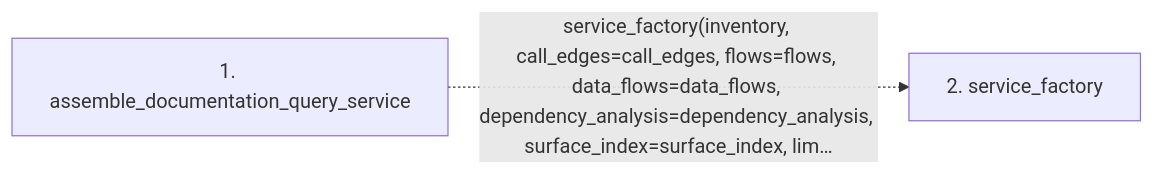
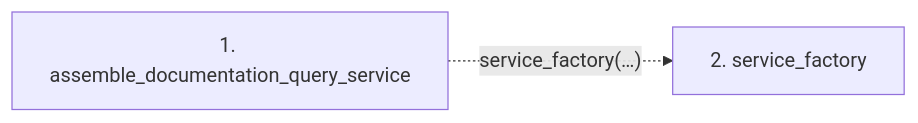
Before and after one commit to Denissvgn/python-wiki-llm: the second of 2 diagrams in docs/llm_wiki/flows/api-assemble_documentation_query_service.md, drawn with Mermaid. The commit also changed 719 other files, not shown here.

````diff
--- a/docs/llm_wiki/flows/api-assemble_documentation_query_service.md
+++ b/docs/llm_wiki/flows/api-assemble_documentation_query_service.md
@@ -20,7 +20,7 @@
 ```mermaid
 flowchart LR
     s1["1. assemble_documentation_query_service"]
     s2["2. service_factory"]
-    s1 -. "service_factory(inventory, call_edges=call_edges, flows=flows, data_flows=data_flows, dependency_analysis=dependency_analysis, surface_index=surface_index, lim…" .-> s2
+    s1 -. "service_factory(…)" .-> s2
     click s1 "../modules/documentation_query_builder.md"
 ```
````
